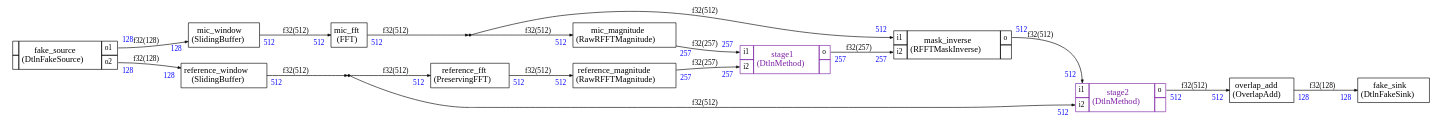
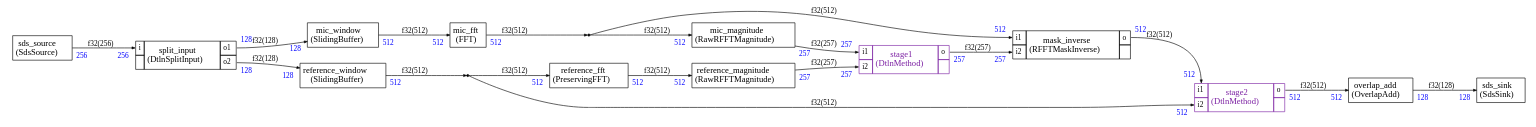
The diagram in projects/dtln_aec/generated/app.dot (christophe0606/EthosCatalog), drawn with Graphviz before and after one commit. The commit also changed 89 other files, not shown here.

```diff
--- a/projects/dtln_aec/generated/app.dot
+++ b/projects/dtln_aec/generated/app.dot
@@ -14,29 +14,6 @@
 dup0 [shape=point,label="dup0"]
 
 dup1 [shape=point,label="dup1"]
-
-fake_sink [label=<
-<TABLE color="black" bgcolor="white" BORDER="0" CELLBORDER="1" CELLSPACING="0" CELLPADDING="4">
-  <TR>
-    <TD ALIGN="CENTER" PORT="i"><FONT COLOR="black" POINT-SIZE="14.0">fake_sink<BR/>(DtlnFakeSink)</FONT></TD>
-  </TR>
-</TABLE>>];
-
-
-fake_source [label=<
-<TABLE color="black" bgcolor="white" BORDER="0" CELLBORDER="1" CELLSPACING="0" CELLPADDING="4">
-  <TR>
-    <TD></TD>
-    <TD ALIGN="CENTER" ROWSPAN="2"><FONT COLOR="black" POINT-SIZE="14.0">fake_source<BR/>(DtlnFakeSource)</FONT></TD>
-    <TD PORT="o1"><FONT POINT-SIZE="12.0" COLOR="black">o1</FONT></TD>
-  </TR>
-<TR>
-
-<TD></TD>
-<TD PORT="o2"><FONT POINT-SIZE="12.0" COLOR="black">o2</FONT></TD>
-</TR>
-
-</TABLE>>];
 
 
 mask_inverse [label=<
@@ -103,6 +80,36 @@
   </TR>
 </TABLE>>];
 
+sds_sink [label=<
+<TABLE color="black" bgcolor="white" BORDER="0" CELLBORDER="1" CELLSPACING="0" CELLPADDING="4">
+  <TR>
+    <TD ALIGN="CENTER" PORT="i"><FONT COLOR="black" POINT-SIZE="14.0">sds_sink<BR/>(SdsSink)</FONT></TD>
+  </TR>
+</TABLE>>];
+
+sds_source [label=<
+<TABLE color="black" bgcolor="white" BORDER="0" CELLBORDER="1" CELLSPACING="0" CELLPADDING="4">
+  <TR>
+    <TD ALIGN="CENTER" PORT="i"><FONT COLOR="black" POINT-SIZE="14.0">sds_source<BR/>(SdsSource)</FONT></TD>
+  </TR>
+</TABLE>>];
+
+
+split_input [label=<
+<TABLE color="black" bgcolor="white" BORDER="0" CELLBORDER="1" CELLSPACING="0" CELLPADDING="4">
+  <TR>
+    <TD PORT="i"><FONT POINT-SIZE="12.0" COLOR="black">i</FONT></TD>
+    <TD ALIGN="CENTER" ROWSPAN="2"><FONT COLOR="black" POINT-SIZE="14.0">split_input<BR/>(DtlnSplitInput)</FONT></TD>
+    <TD PORT="o1"><FONT POINT-SIZE="12.0" COLOR="black">o1</FONT></TD>
+  </TR>
+<TR>
+
+<TD></TD>
+<TD PORT="o2"><FONT POINT-SIZE="12.0" COLOR="black">o2</FONT></TD>
+</TR>
+
+</TABLE>>];
+
 
 stage1 [label=<
 <TABLE color="#7B1FA2" bgcolor="white" BORDER="0" CELLBORDER="1" CELLSPACING="0" CELLPADDING="4">
@@ -137,13 +144,19 @@
 
 
 
-fake_source:o1 -> mic_window:i [style="solid",color="black",fontsize="12.0",fontcolor="black",label=<f32(128)>
+sds_source:i -> split_input:i [style="solid",color="black",fontsize="12.0",fontcolor="black",label=<f32(256)>
+,headlabel=<<TABLE BORDER="0" CELLPADDING="4"><TR><TD><FONT COLOR="blue" POINT-SIZE="12.0" >256</FONT>
+</TD></TR></TABLE>>
+,taillabel=<<TABLE BORDER="0" CELLPADDING="4"><TR><TD><FONT COLOR="blue" POINT-SIZE="12.0" >256</FONT>
+</TD></TR></TABLE>>]
+
+split_input:o1 -> mic_window:i [style="solid",color="black",fontsize="12.0",fontcolor="black",label=<f32(128)>
 ,headlabel=<<TABLE BORDER="0" CELLPADDING="4"><TR><TD><FONT COLOR="blue" POINT-SIZE="12.0" >128</FONT>
 </TD></TR></TABLE>>
 ,taillabel=<<TABLE BORDER="0" CELLPADDING="4"><TR><TD><FONT COLOR="blue" POINT-SIZE="12.0" >128</FONT>
 </TD></TR></TABLE>>]
 
-fake_source:o2 -> reference_window:i [style="solid",color="black",fontsize="12.0",fontcolor="black",label=<f32(128)>
+split_input:o2 -> reference_window:i [style="solid",color="black",fontsize="12.0",fontcolor="black",label=<f32(128)>
 ,headlabel=<<TABLE BORDER="0" CELLPADDING="4"><TR><TD><FONT COLOR="blue" POINT-SIZE="12.0" >128</FONT>
 </TD></TR></TABLE>>
 ,taillabel=<<TABLE BORDER="0" CELLPADDING="4"><TR><TD><FONT COLOR="blue" POINT-SIZE="12.0" >128</FONT>
@@ -191,7 +204,7 @@
 ,taillabel=<<TABLE BORDER="0" CELLPADDING="4"><TR><TD><FONT COLOR="blue" POINT-SIZE="12.0" >512</FONT>
 </TD></TR></TABLE>>]
 
-overlap_add:i -> fake_sink:i [style="solid",color="black",fontsize="12.0",fontcolor="black",label=<f32(128)>
+overlap_add:i -> sds_sink:i [style="solid",color="black",fontsize="12.0",fontcolor="black",label=<f32(128)>
 ,headlabel=<<TABLE BORDER="0" CELLPADDING="4"><TR><TD><FONT COLOR="blue" POINT-SIZE="12.0" >128</FONT>
 </TD></TR></TABLE>>
 ,taillabel=<<TABLE BORDER="0" CELLPADDING="4"><TR><TD><FONT COLOR="blue" POINT-SIZE="12.0" >128</FONT>
```
